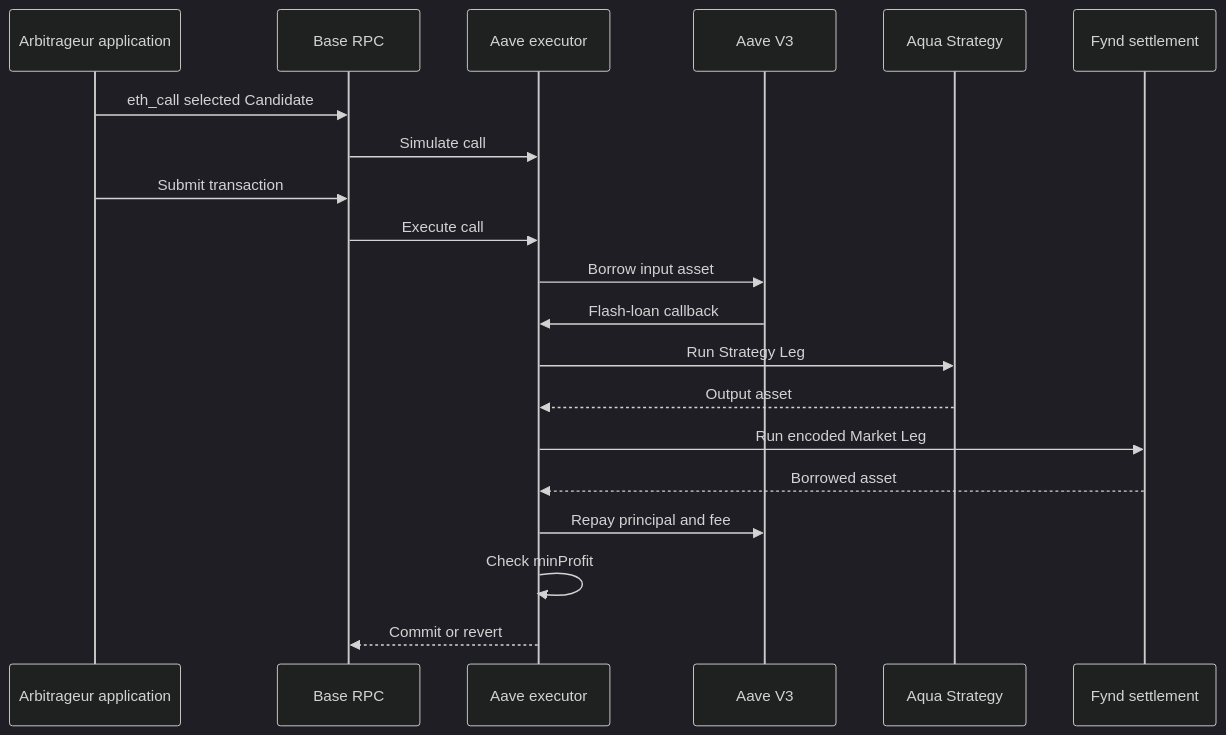
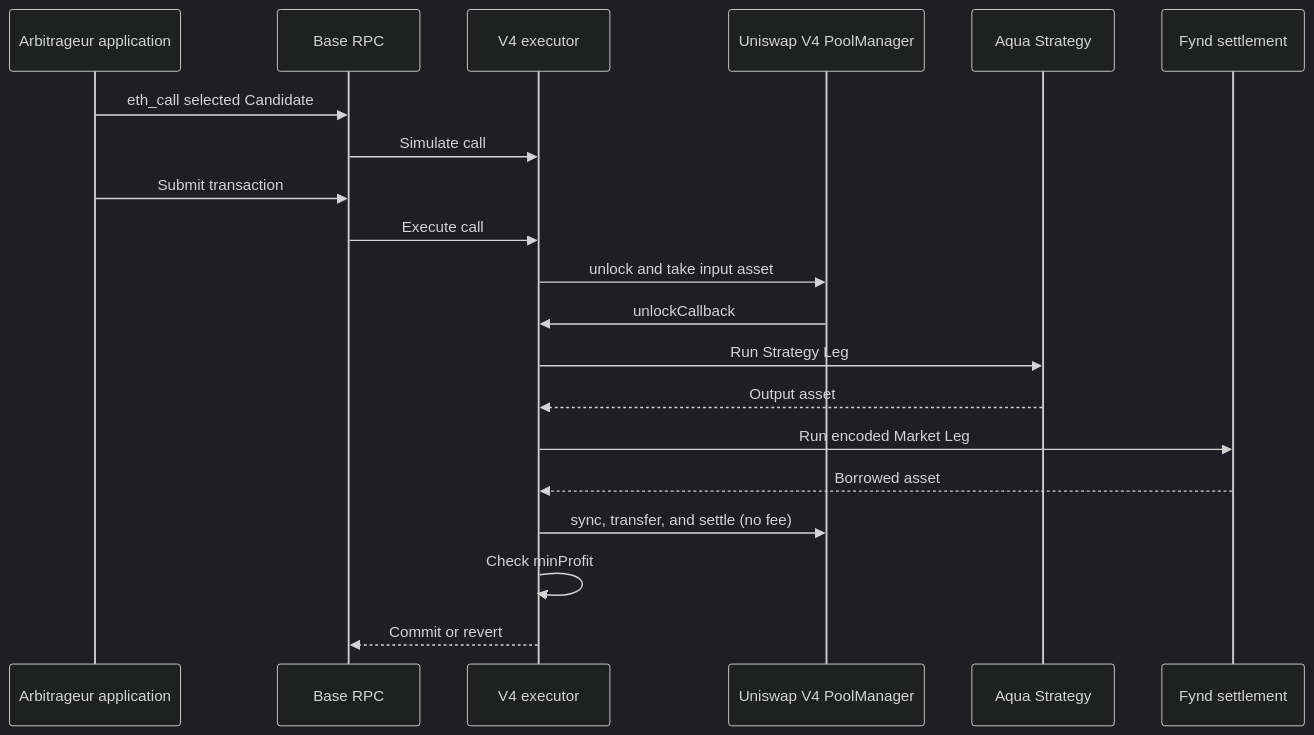
One commit to bleu/aqua-portfolio-manager changed the fourth of 4 diagrams in docs/adr/0014-production-arbitrageur-design.md. Above: the diagram before and after it, drawn with Mermaid (dark theme). The commit also changed other lines of this file, not shown here.

First line of the commit message:
docs(adr): switch ADR-0014's flash-loan source to Uniswap V4

````diff
--- a/docs/adr/0014-production-arbitrageur-design.md
+++ b/docs/adr/0014-production-arbitrageur-design.md
@@ -169,23 +171,23 @@
 ```mermaid
 sequenceDiagram
     participant App as Arbitrageur application
     participant RPC as Base RPC
-    participant Executor as Aave executor
-    participant Aave as Aave V3
+    participant Executor as V4 executor
+    participant PoolManager as Uniswap V4 PoolManager
     participant Strategy as Aqua Strategy
     participant Fynd as Fynd settlement
 
     App->>RPC: eth_call selected Candidate
     RPC->>Executor: Simulate call
     App->>RPC: Submit transaction
     RPC->>Executor: Execute call
-    Executor->>Aave: Borrow input asset
-    Aave->>Executor: Flash-loan callback
+    Executor->>PoolManager: unlock and take input asset
+    PoolManager->>Executor: unlockCallback
     Executor->>Strategy: Run Strategy Leg
     Strategy-->>Executor: Output asset
     Executor->>Fynd: Run encoded Market Leg
     Fynd-->>Executor: Borrowed asset
-    Executor->>Aave: Repay principal and fee
+    Executor->>PoolManager: sync, transfer, and settle (no fee)
     Executor->>Executor: Check minProfit
     Executor-->>RPC: Commit or revert
 ```
````
